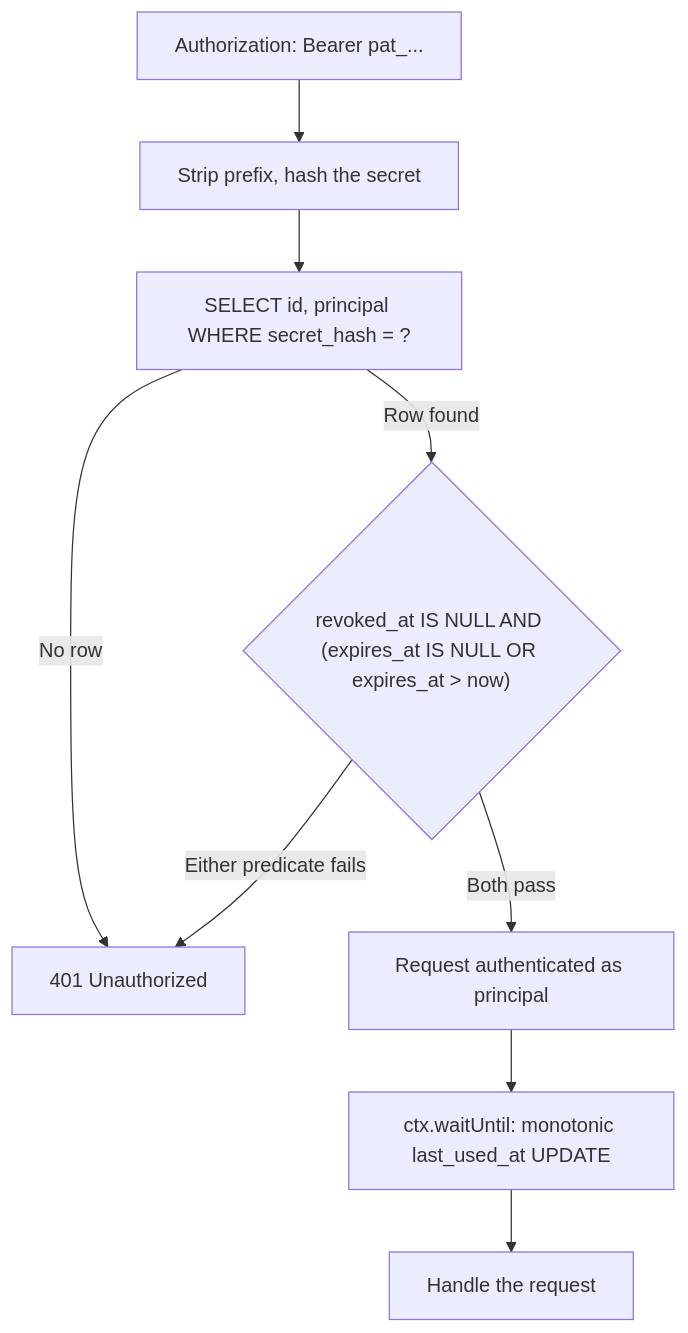
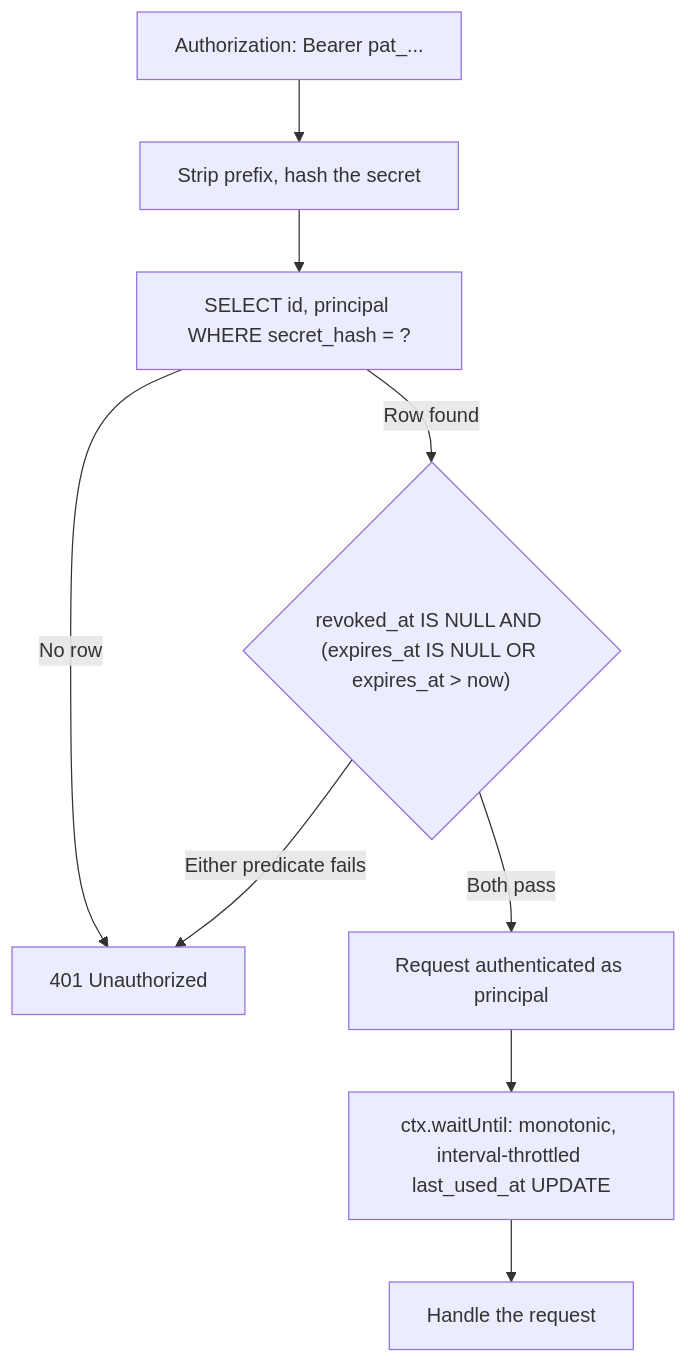
Before and after one commit to Takazudo/zudo-cloudflare-wisdom: the diagram in src/content/docs-ja/recipes/personal-api-tokens.mdx, drawn with Mermaid. The commit also changed other lines of this file and 11 other files, not shown here.

````diff
--- a/src/content/docs-ja/recipes/personal-api-tokens.mdx
+++ b/src/content/docs-ja/recipes/personal-api-tokens.mdx
@@ -296,11 +316,11 @@
 ```mermaid
 graph TB
   Req[Authorization: Bearer pat_...] --> Extract[Strip prefix, hash the secret]
   Extract --> Lookup["SELECT id, principal WHERE secret_hash = ?"]
   Lookup -->|No row| Reject[401 Unauthorized]
   Lookup -->|Row found| Guard{"revoked_at IS NULL AND (expires_at IS NULL OR expires_at > now)"}
   Guard -->|Either predicate fails| Reject
   Guard -->|Both pass| Allow[Request authenticated as principal]
-  Allow --> Touch["ctx.waitUntil: monotonic last_used_at UPDATE"]
+  Allow --> Touch["ctx.waitUntil: monotonic, interval-throttled last_used_at UPDATE"]
   Touch --> Respond[Handle the request]
 ```
````
